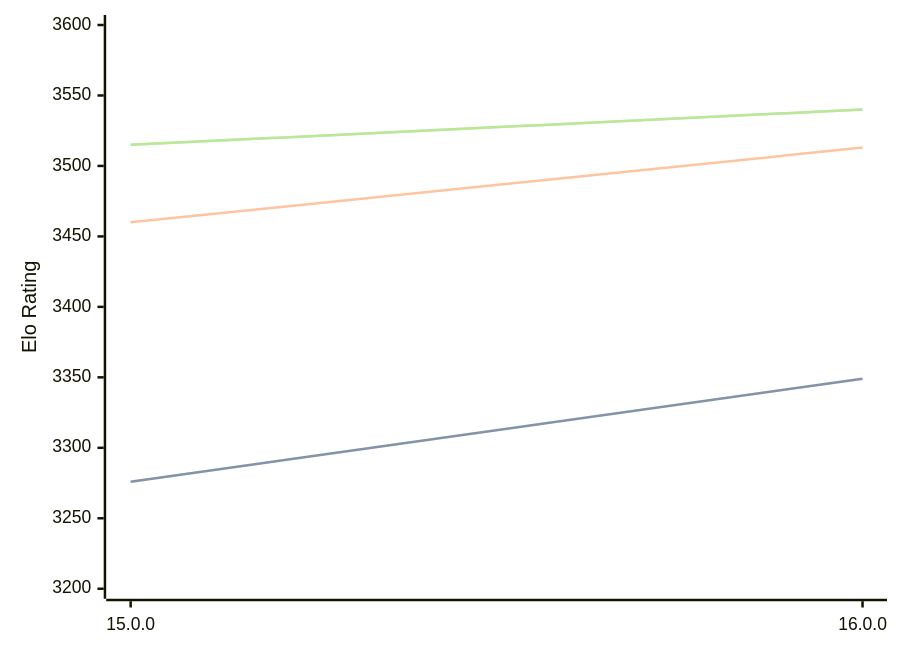
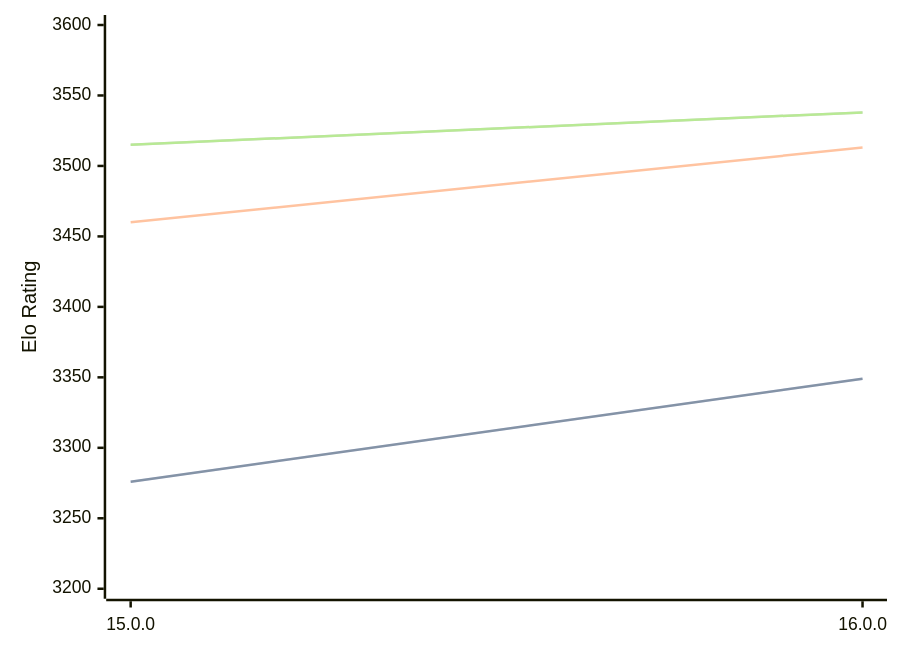
Before and after one commit to computer-chess-index/cci: the diagram in engines/Halogen.md, drawn with Mermaid. The commit also changed other lines of this file, not shown here.

Commit message:
Update CCI Ratings (ELO VLTC) - 2026-07-28

````diff
--- a/engines/Halogen.md
+++ b/engines/Halogen.md
@@ -50,11 +50,11 @@
 ```mermaid
 %%{init: {"theme":"base","themeVariables":{"seriesColors:['#a3a3a3','#222221','#faa371']}}}%%
 xychart-beta
   x-axis ["15.0.0", "16.0.0"]
   y-axis "Elo Rating" 3200 --> 3600
   line "STC (8.0+0.08s)" [3276, 3349]
   line "STC (8.0+0.08s)" [3276, 3349]
   line "LTC (60.0+0.60s)" [3460, 3513]
-  line "VLTC (2m24s+1.12s)" [3515, 3540]
-  line "VLTC (2m24s+1.12s)" [3515, 3540]
+  line "VLTC (2m24s+1.12s)" [3515, 3538]
+  line "VLTC (2m24s+1.12s)" [3515, 3538]
 ```
````
